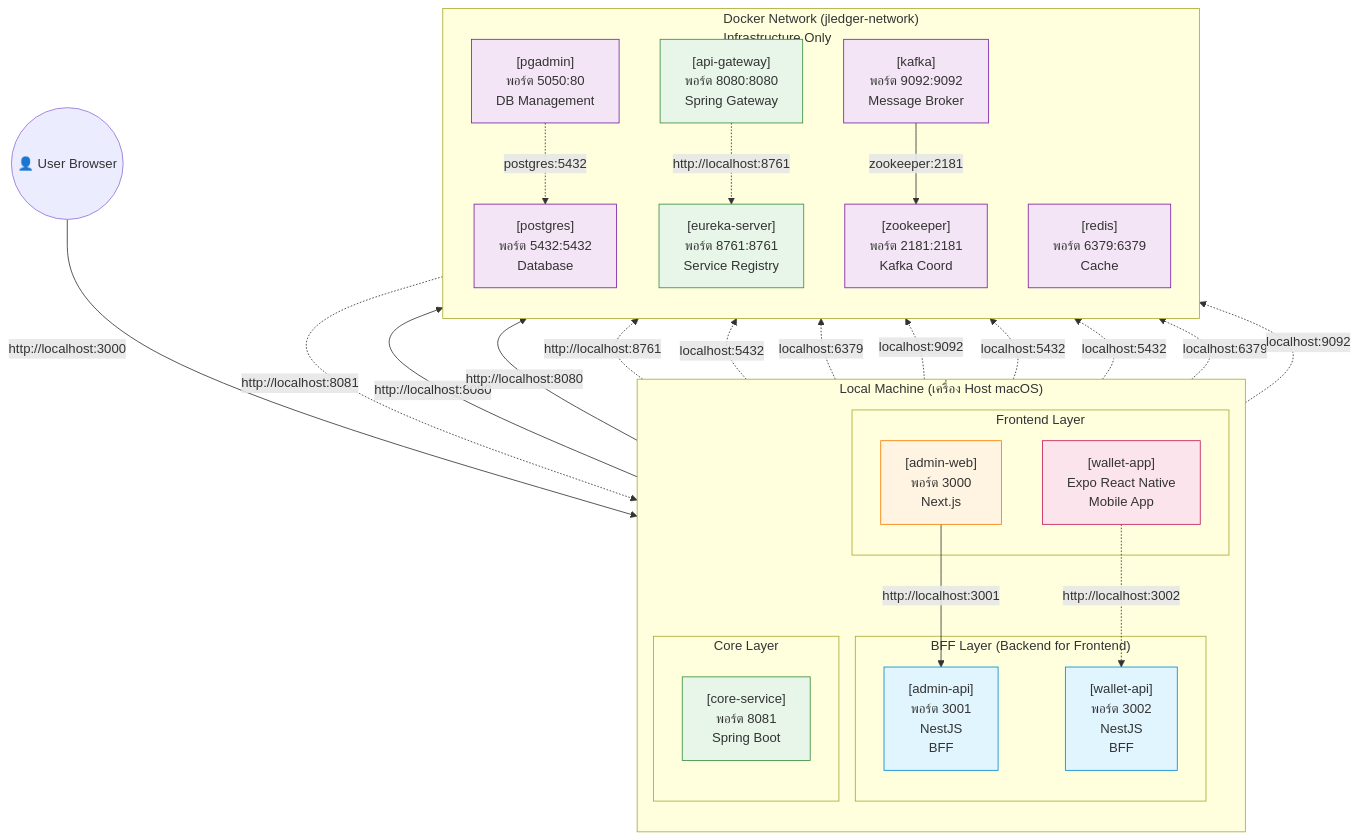
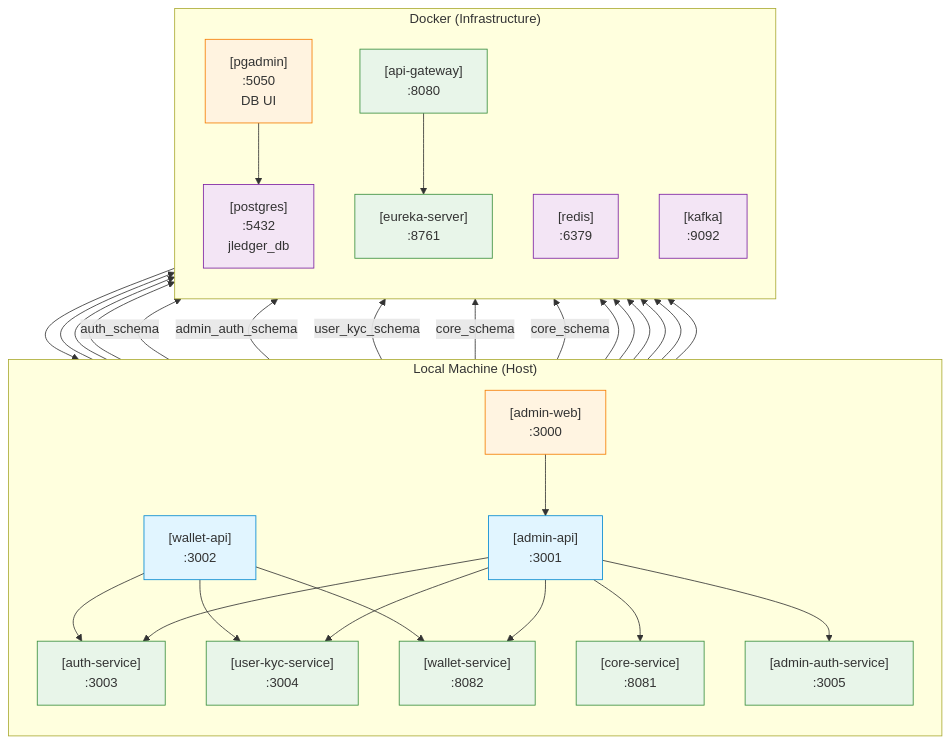
One commit to wiiznu17/j-ledgar changed the first of 3 diagrams in network.md. Above: the diagram before and after it, drawn with Mermaid. The commit also changed other lines of this file and 3 other files, not shown here.

````diff
--- a/network.md
+++ b/network.md
@@ -50,79 +56,75 @@
 ```mermaid
 graph TD
-    subgraph "Local Machine (เครื่อง Host macOS)"
+    subgraph "Local Machine (Host)"
         direction TB
-        subgraph "Frontend Layer"
-            WEB["[admin-web]<br/>พอร์ต 3000<br/>Next.js"]
-            MOB["[wallet-app]<br/>Expo React Native<br/>Mobile App"]
-        end
-
-        subgraph "BFF Layer (Backend for Frontend)"
-            WAPI["[wallet-api]<br/>พอร์ต 3002<br/>NestJS<br/>BFF"]
-            AAPI["[admin-api]<br/>พอร์ต 3001<br/>NestJS<br/>BFF"]
-        end
-
-        subgraph "Core Layer"
-            CORE["[core-service]<br/>พอร์ต 8081<br/>Spring Boot"]
-        end
+        WEB["[admin-web]<br/>:3000"]
+        WAPI["[wallet-api]<br/>:3002"]
+        AAPI["[admin-api]<br/>:3001"]
+        AUTH["[auth-service]<br/>:3003"]
+        A_AUTH["[admin-auth-service]<br/>:3005"]
+        KYC["[user-kyc-service]<br/>:3004"]
+        CORE["[core-service]<br/>:8081"]
+        WALL["[wallet-service]<br/>:8082"]
     end
 
-    subgraph "Docker Network (jledger-network)<br/>Infrastructure Only"
+    subgraph "Docker (Infrastructure)"
         direction TB
-        PG["[postgres]<br/>พอร์ต 5432:5432<br/>Database"]
-        REDIS["[redis]<br/>พอร์ต 6379:6379<br/>Cache"]
-        ZK["[zookeeper]<br/>พอร์ต 2181:2181<br/>Kafka Coord"]
-        KAFKA["[kafka]<br/>พอร์ต 9092:9092<br/>Message Broker"]
-        EURE["[eureka-server]<br/>พอร์ต 8761:8761<br/>Service Registry"]
-        GATE["[api-gateway]<br/>พอร์ต 8080:8080<br/>Spring Gateway"]
-        PGA["[pgadmin]<br/>พอร์ต 5050:80<br/>DB Management"]
+        PG["[postgres]<br/>:5432<br/>jledger_db"]
+        REDIS["[redis]<br/>:6379"]
+        KAFKA["[kafka]<br/>:9092"]
+        EURE["[eureka-server]<br/>:8761"]
+        GATE["[api-gateway]<br/>:8080"]
+        PGADMIN["[pgadmin]<br/>:5050<br/>DB UI"]
     end
 
-    %% ทราฟฟิกจากผู้ใช้
-    User((👤 User Browser)) -->|http://localhost:3000| WEB
-
-    %% Frontend เชื่อมต่อกับ BFF
-    WEB -->|http://localhost:3001| AAPI
-    MOB -.->|http://localhost:3002| WAPI
-
-    %% BFF เชื่อมต่อกับ API Gateway
-    WAPI -->|http://localhost:8080| GATE
-    AAPI -->|http://localhost:8080| GATE
-
-    %% API Gateway เชื่อมต่อกับ Core Service
-    GATE -.->|http://localhost:8081| CORE
+    %% Service Connections
+    WEB --> AAPI
+    WAPI --> GATE
+    WAPI --> AUTH
+    WAPI --> KYC
+    WAPI --> WALL
+    AAPI --> CORE
+    AAPI --> A_AUTH
+    AAPI --> KYC
+    AAPI --> WALL
+    AAPI --> AUTH
+    GATE --> CORE
+    PGADMIN --> PG
 
     %% Service Discovery
-    GATE -.->|http://localhost:8761| EURE
-    CORE -.->|http://localhost:8761| EURE
+    CORE --> EURE
+    WALL --> EURE
+    GATE --> EURE
 
-    %% BFF เชื่อมต่อกับ Docker Infra
-    WAPI -.->|localhost:5432| PG
-    WAPI -.->|localhost:6379| REDIS
-    WAPI -.->|localhost:9092| KAFKA
+    %% Database Connections
+    AUTH -->|auth_schema| PG
+    A_AUTH -->|admin_auth_schema| PG
+    KYC -->|user_kyc_schema| PG
+    CORE -->|core_schema| PG
+    WALL -->|core_schema| PG
 
-    AAPI -.->|localhost:5432| PG
+    %% Cache Connections
+    AUTH --> REDIS
+    A_AUTH --> REDIS
+    CORE --> REDIS
+    WALL --> REDIS
 
-    %% Core Service เชื่อมต่อกับ Docker Infra
-    CORE -.->|localhost:5432| PG
-    CORE -.->|localhost:6379| REDIS
-    CORE -.->|localhost:9092| KAFKA
-
-    %% Kafka ติดต่อกับ Zookeeper
-    KAFKA -->|zookeeper:2181| ZK
-
-    %% PGAdmin เชื่อมต่อกับ Postgres
-    PGA -.->|postgres:5432| PG
+    %% Kafka Connections
+    CORE --> KAFKA
+    WALL --> KAFKA
 
     style WEB fill:#fff4e1,stroke:#f57c00
-    style MOB fill:#fce4ec,stroke:#c2185b
     style WAPI fill:#e1f5ff,stroke:#0288d1
     style AAPI fill:#e1f5ff,stroke:#0288d1
+    style AUTH fill:#e8f5e9,stroke:#388e3c
+    style A_AUTH fill:#e8f5e9,stroke:#388e3c
+    style KYC fill:#e8f5e9,stroke:#388e3c
     style CORE fill:#e8f5e9,stroke:#388e3c
+    style WALL fill:#e8f5e9,stroke:#388e3c
     style PG fill:#f3e5f5,stroke:#7b1fa2
     style REDIS fill:#f3e5f5,stroke:#7b1fa2
     style KAFKA fill:#f3e5f5,stroke:#7b1fa2
-    style ZK fill:#f3e5f5,stroke:#7b1fa2
     style EURE fill:#e8f5e9,stroke:#388e3c
     style GATE fill:#e8f5e9,stroke:#388e3c
-    style PGA fill:#f3e5f5,stroke:#7b1fa2
+    style PGADMIN fill:#fff3e0,stroke:#f57c00
 ```
````
